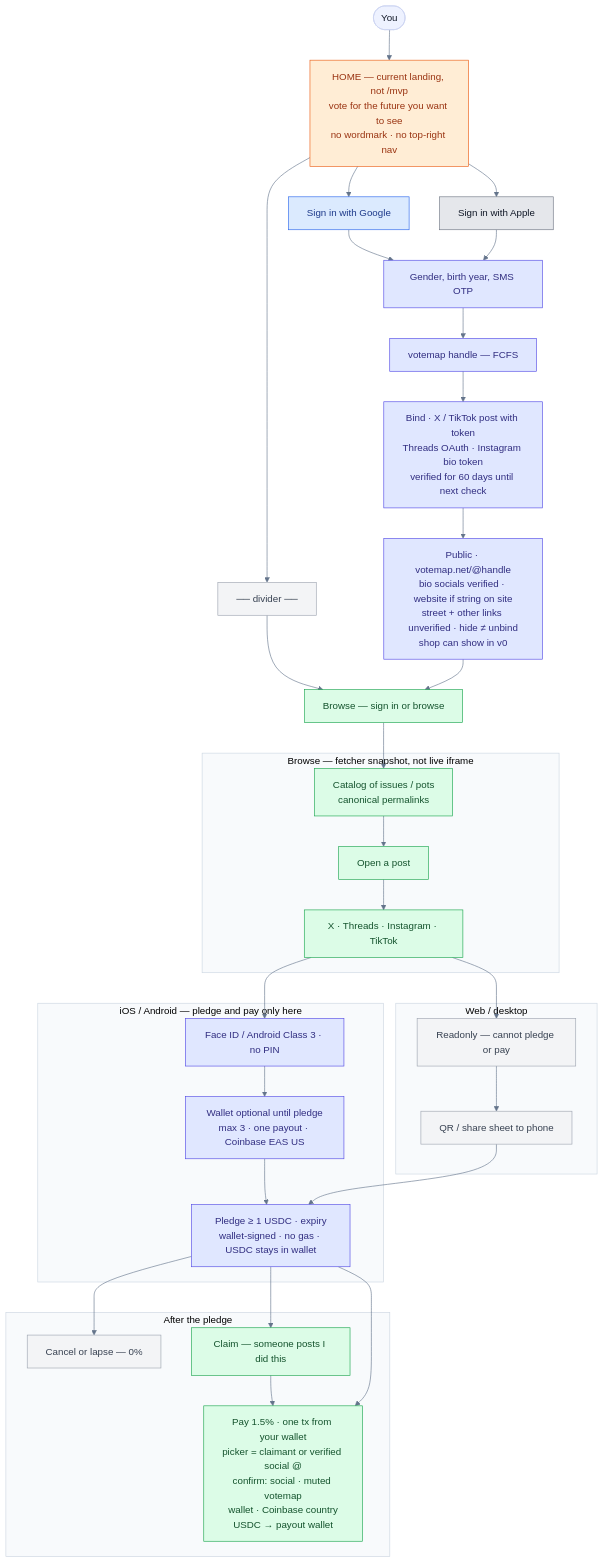
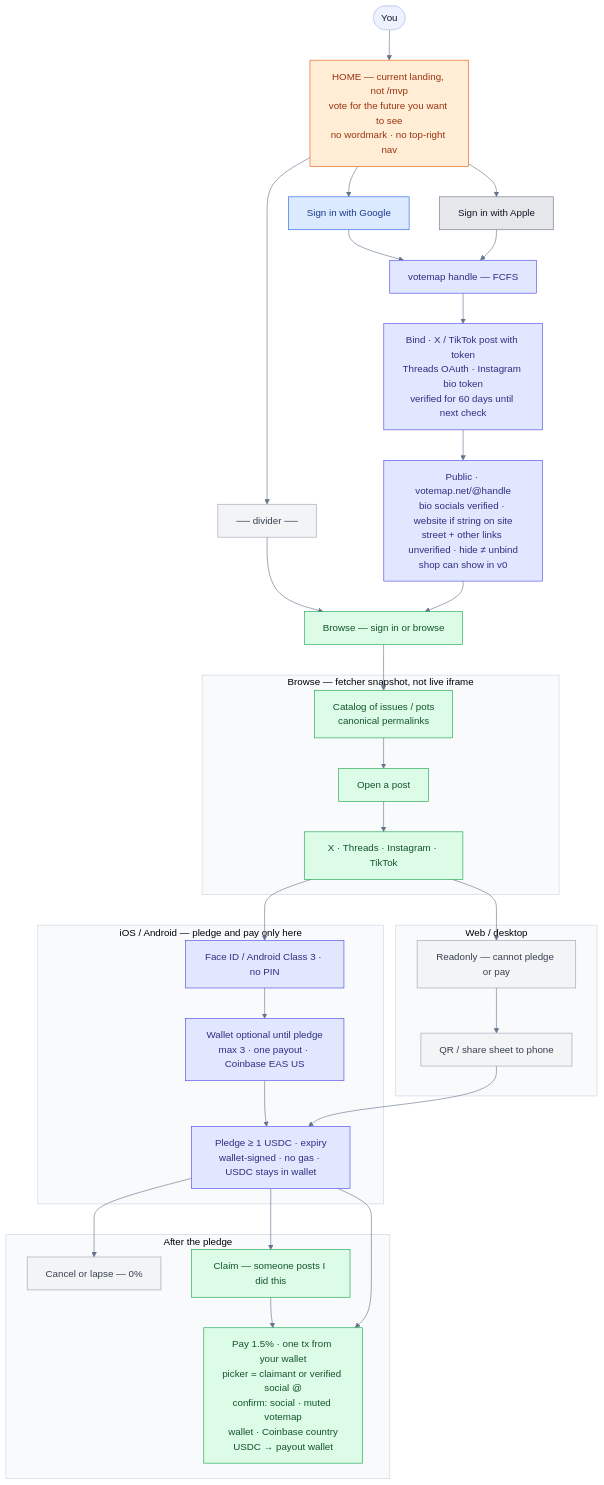
One commit to isaacy13/votemap.net changed the first of 3 diagrams in spec/flows.md. Above: the diagram before and after it, drawn with Mermaid. The commit also changed other lines of this file and 3 other files, not shown here.

First line of the commit message:
spec: drop SMS, optional demographics, smart wallet support

````diff
--- a/spec/flows.md
+++ b/spec/flows.md
@@ -35,67 +35,66 @@
 ```mermaid
 %%{init: {"theme":"base","themeVariables":{"fontFamily":"Inter, system-ui, sans-serif","primaryColor":"#eef2ff","primaryTextColor":"#111827","lineColor":"#64748b","clusterBkg":"#f8fafc","clusterBorder":"#cbd5e1"}}}%%
 flowchart TB
   You([You]) --> Home
   Home["HOME — current landing, not /mvp<br/>vote for the future you want to see<br/>no wordmark · no top-right nav"]
 
   Home --> Google["Sign in with Google"]
   Home --> Apple["Sign in with Apple"]
   Home --> Divider["── divider ──"]
   Divider --> Browse["Browse — sign in or browse"]
 
-  Google --> Form["Gender, birth year, SMS OTP"]
-  Apple --> Form
-  Form --> Handle["votemap handle — FCFS"]
+  Google --> Handle
+  Apple --> Handle["votemap handle — FCFS"]
   Handle --> Bind["Bind · X / TikTok post with token<br/>Threads OAuth · Instagram bio token<br/>verified for 60 days until next check"]
   Bind --> Page["Public · votemap.net/@handle<br/>bio socials verified · website if string on site<br/>street + other links unverified · hide ≠ unbind<br/>shop can show in v0"]
   Page --> Browse
 
   subgraph browsePage ["Browse — fetcher snapshot, not live iframe"]
     Catalog["Catalog of issues / pots<br/>canonical permalinks"]
     OpenPost["Open a post"]
     URLs["X · Threads · Instagram · TikTok"]
     Catalog --> OpenPost --> URLs
   end
   Browse --> Catalog
 
   subgraph webcol ["Web / desktop"]
     Readonly["Readonly — cannot pledge or pay"]
     QR["QR / share sheet to phone"]
     Readonly --> QR
   end
 
   subgraph phonecol ["iOS / Android — pledge and pay only here"]
     Face["Face ID / Android Class 3 · no PIN"]
     Wallet["Wallet optional until pledge<br/>max 3 · one payout · Coinbase EAS US"]
     Pledge["Pledge ≥ 1 USDC · expiry<br/>wallet-signed · no gas · USDC stays in wallet"]
     Face --> Wallet --> Pledge
   end
 
   URLs --> Readonly
   URLs --> Face
   QR --> Pledge
 
   subgraph after ["After the pledge"]
     Cancel["Cancel or lapse — 0%"]
     Claim["Claim — someone posts I did this"]
     Pay["Pay 1.5% · one tx from your wallet<br/>picker = claimant or verified social @<br/>confirm: social · muted votemap<br/>wallet · Coinbase country<br/>USDC → payout wallet"]
   end
 
   Pledge --> Cancel
   Pledge --> Claim --> Pay
   Pledge --> Pay
 
   classDef home fill:#ffedd5,stroke:#ea580c,color:#9a3412
   classDef google fill:#dbeafe,stroke:#2563eb,color:#1e3a8a
   classDef apple fill:#e5e7eb,stroke:#6b7280,color:#111827
   classDef ok fill:#dcfce7,stroke:#16a34a,color:#14532d
   classDef info fill:#e0e7ff,stroke:#4f46e5,color:#312e81
   classDef grey fill:#f3f4f6,stroke:#9ca3af,color:#374151
   classDef warn fill:#fee2e2,stroke:#dc2626,color:#7f1d1d
   class Home home
   class Google google
   class Apple apple
-  class Form,Handle,Bind,Page,Face,Wallet,Pledge info
+  class Handle,Bind,Page,Face,Wallet,Pledge info
   class Browse,Catalog,OpenPost,URLs,Claim,Pay ok
   class Readonly,QR,Divider,Cancel grey
 ```
````
